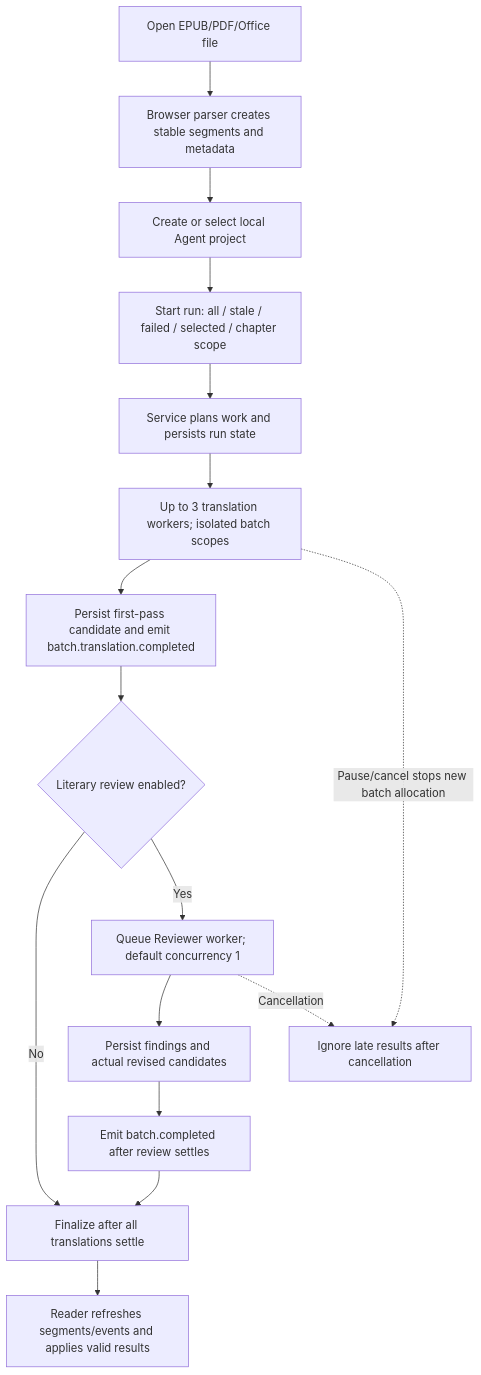
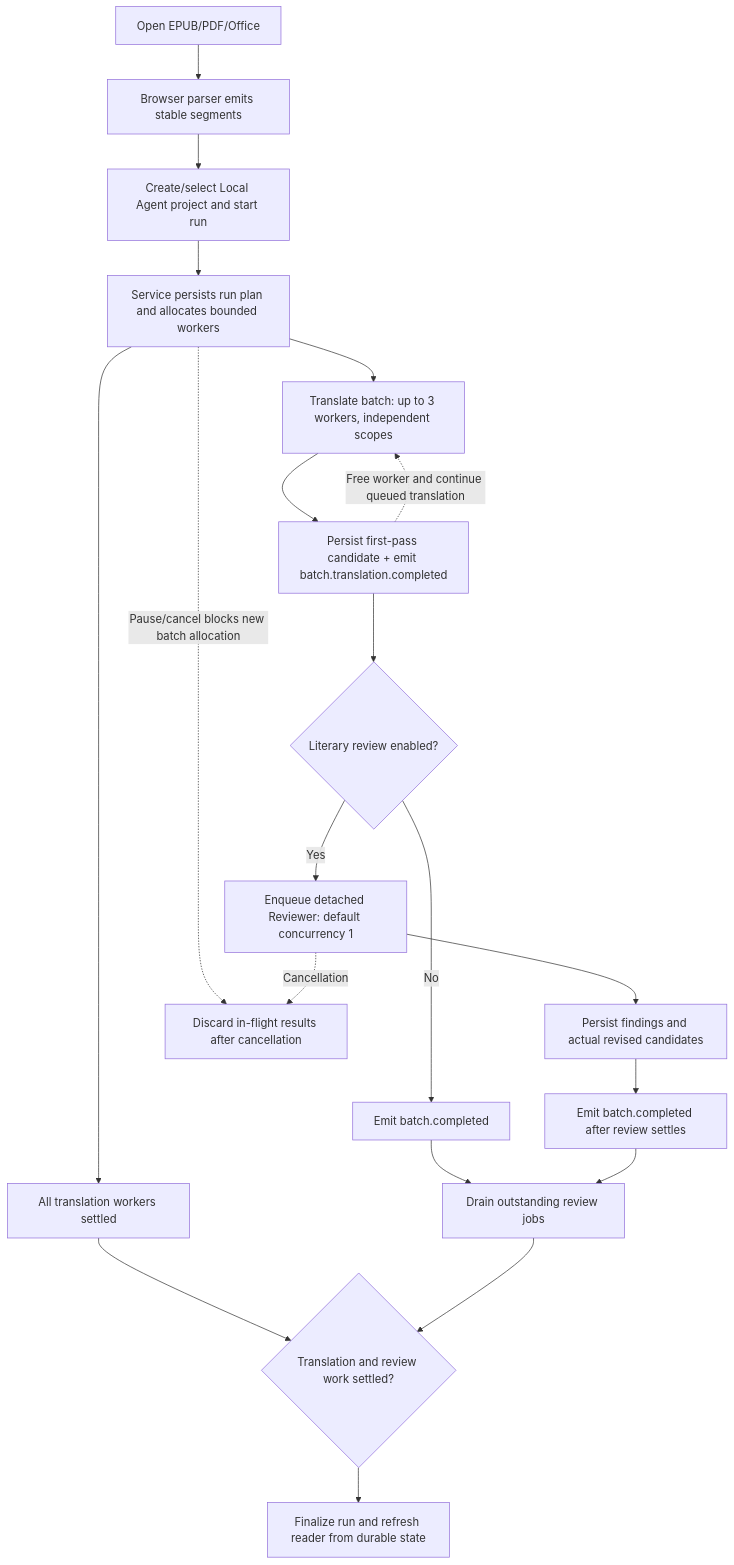
The fifth of 5 diagrams in README.md (saga/fanyi-extension), drawn with Mermaid before and after one commit.

Commit message:
Show detached review overlap in document Agent flow diagram

````diff
--- a/README.md
+++ b/README.md
@@ -330,18 +330,22 @@
 ```mermaid
 flowchart TD
-    A[Open EPUB/PDF/Office file] --> B[Browser parser creates stable segments and metadata]
-    B --> C[Create or select local Agent project]
-    C --> D[Start run: all / stale / failed / selected / chapter scope]
-    D --> E[Service plans work and persists run state]
-    E --> F[Up to 3 translation workers; isolated batch scopes]
-    F --> G[Persist first-pass candidate and emit batch.translation.completed]
-    G --> H{Literary review enabled?}
-    H -- No --> L[Finalize after all translations settle]
-    H -- Yes --> I[Queue Reviewer worker; default concurrency 1]
+    A[Open EPUB/PDF/Office] --> B[Browser parser emits stable segments]
+    B --> C[Create/select Local Agent project and start run]
+    C --> D[Service persists run plan and allocates bounded workers]
+    D --> E[Translate batch: up to 3 workers, independent scopes]
+    E --> F[Persist first-pass candidate + emit batch.translation.completed]
+    F --> G{Literary review enabled?}
+    G -- No --> H[Emit batch.completed]
+    G -- Yes --> I[Enqueue detached Reviewer: default concurrency 1]
     I --> J[Persist findings and actual revised candidates]
     J --> K[Emit batch.completed after review settles]
-    K --> L
-    L --> M[Reader refreshes segments/events and applies valid results]
-    F -. Pause/cancel stops new batch allocation .-> N[Ignore late results after cancellation]
-    I -. Cancellation .-> N
+    F -. Free worker and continue queued translation .-> E
+    D --> L[All translation workers settled]
+    H --> M[Drain outstanding review jobs]
+    K --> M
+    L --> N{Translation and review work settled?}
+    M --> N
+    N --> O[Finalize run and refresh reader from durable state]
+    D -. Pause/cancel blocks new batch allocation .-> P[Discard in-flight results after cancellation]
+    I -. Cancellation .-> P
 ```
````
